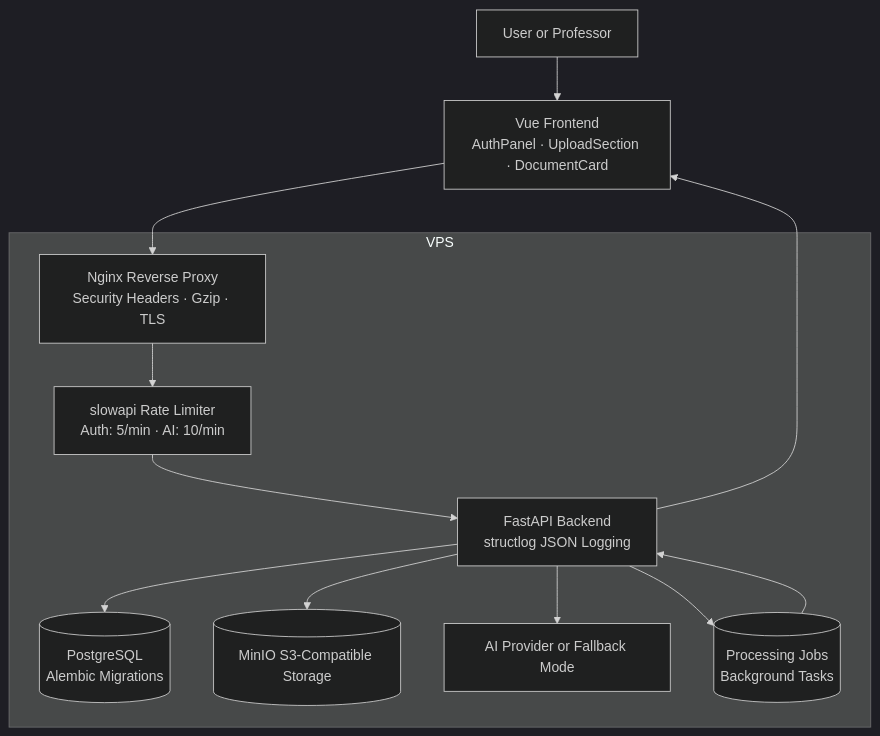
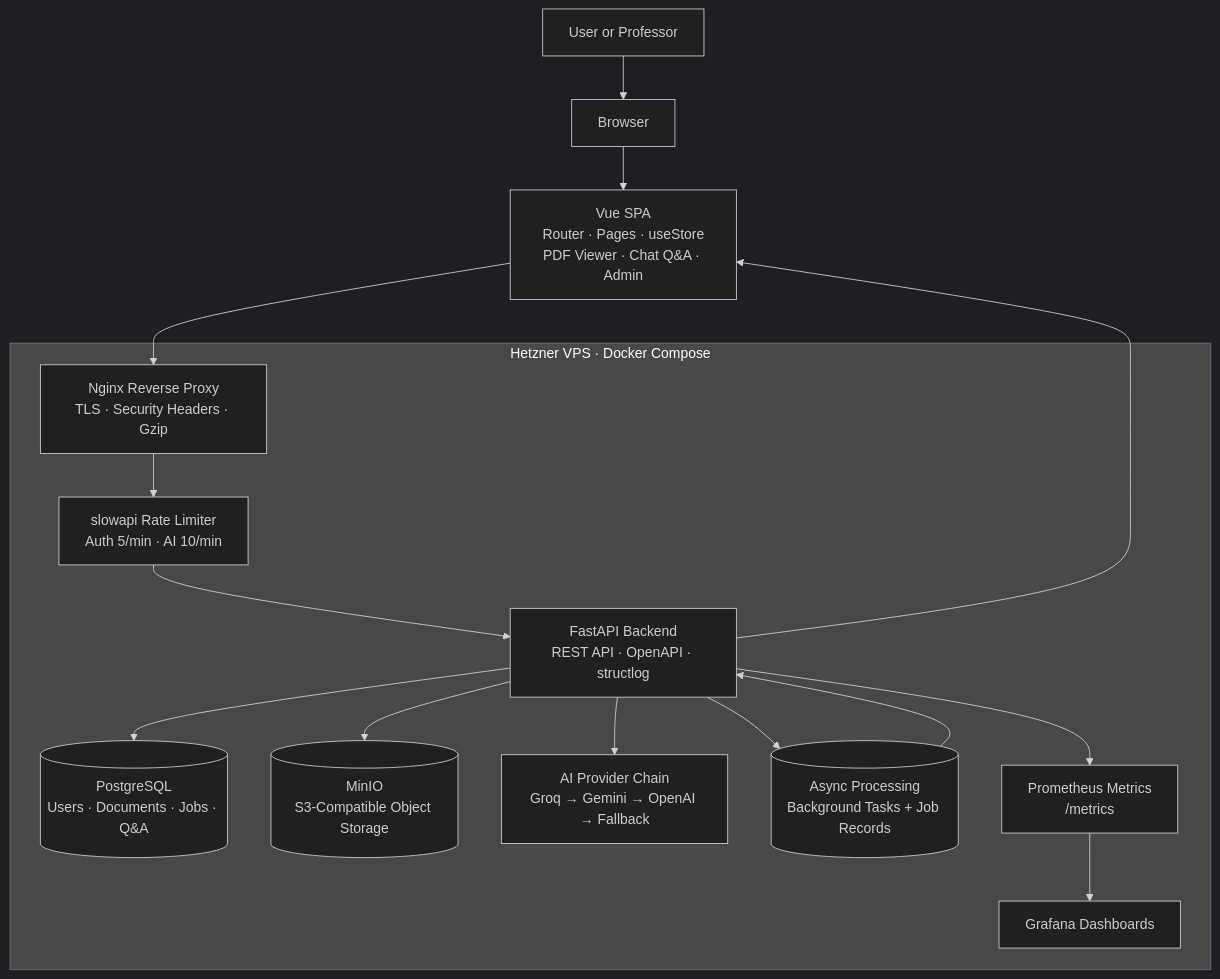
One commit to mvelkov9/ai-document-assistant changed the diagram in docs/diagrams/architecture.mmd. Above: the diagram before and after it, drawn with Mermaid (dark theme). The commit also changed 11 other files, not shown here.

```diff
--- a/docs/diagrams/architecture.mmd
+++ b/docs/diagrams/architecture.mmd
@@ -1,26 +1,28 @@
 flowchart TB
     User[User or Professor]
-    Browser[Vue Frontend<br/>AuthPanel · UploadSection · DocumentCard]
-    Proxy[Nginx Reverse Proxy<br/>Security Headers · Gzip · TLS]
-    RateLimit[slowapi Rate Limiter<br/>Auth: 5/min · AI: 10/min]
-    Backend[FastAPI Backend<br/>structlog JSON Logging]
-    DB[(PostgreSQL<br/>Alembic Migrations)]
-    Storage[(MinIO S3-Compatible Storage)]
-    AI[AI Provider or Fallback Mode]
-    Jobs[(Processing Jobs<br/>Background Tasks)]
-    VPS[Personal VPS with Docker Compose]
+    Browser[Browser]
+    Frontend[Vue SPA<br/>Router · Pages · useStore<br/>PDF Viewer · Chat Q&A · Admin]
+    Proxy[Nginx Reverse Proxy<br/>TLS · Security Headers · Gzip]
+    RateLimit[slowapi Rate Limiter<br/>Auth 5/min · AI 10/min]
+    Backend[FastAPI Backend<br/>REST API · OpenAPI · structlog]
+    DB[(PostgreSQL<br/>Users · Documents · Jobs · Q&A)]
+    Storage[(MinIO<br/>S3-Compatible Object Storage)]
+    AI[AI Provider Chain<br/>Groq → Gemini → OpenAI → Fallback]
+    Jobs[(Async Processing<br/>Background Tasks + Job Records)]
+    Metrics[Prometheus Metrics<br/>/metrics]
+    Observe[Grafana Dashboards]
 
-    User --> Browser
-    Browser --> Proxy
-
-    subgraph VPS
+    subgraph VPS[Hetzner VPS · Docker Compose]
         Proxy --> RateLimit
         RateLimit --> Backend
         Backend --> DB
         Backend --> Storage
         Backend --> AI
         Backend --> Jobs
+        Backend --> Metrics
+        Metrics --> Observe
     end
 
+    User --> Browser --> Frontend --> Proxy
+    Backend --> Frontend
     Jobs --> Backend
-    Backend --> Browser
```
